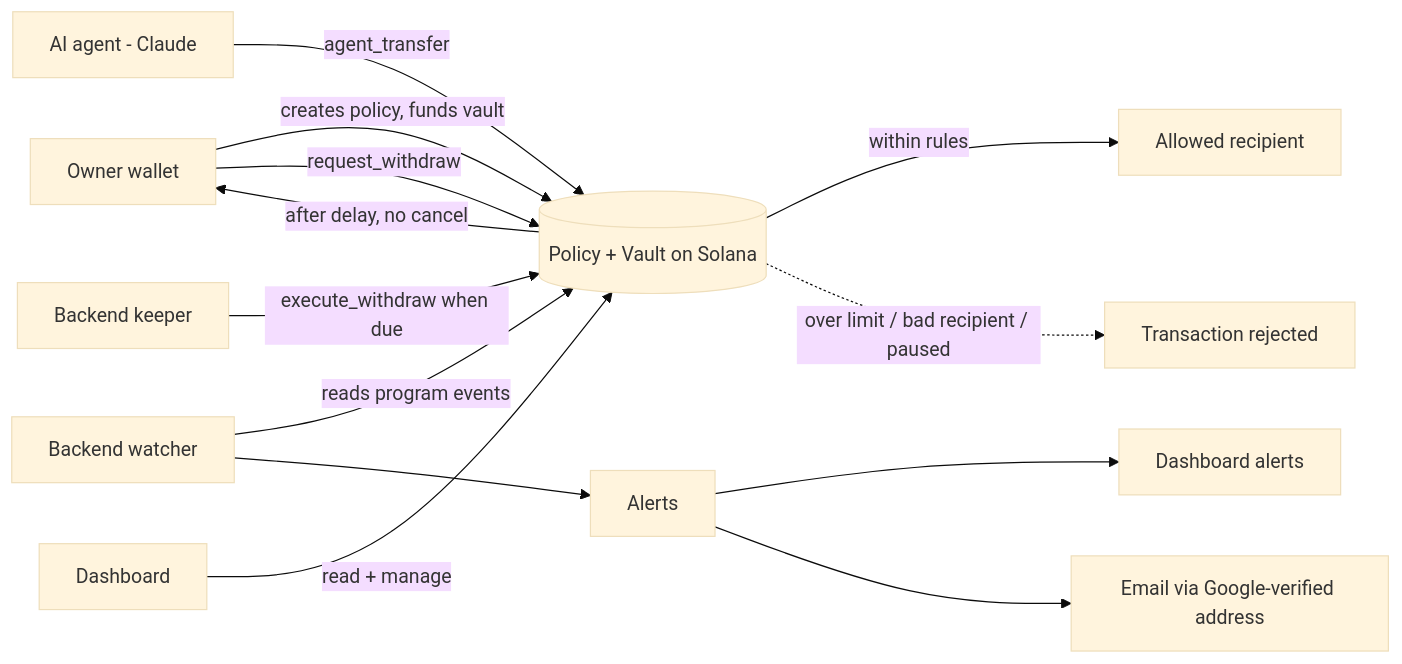
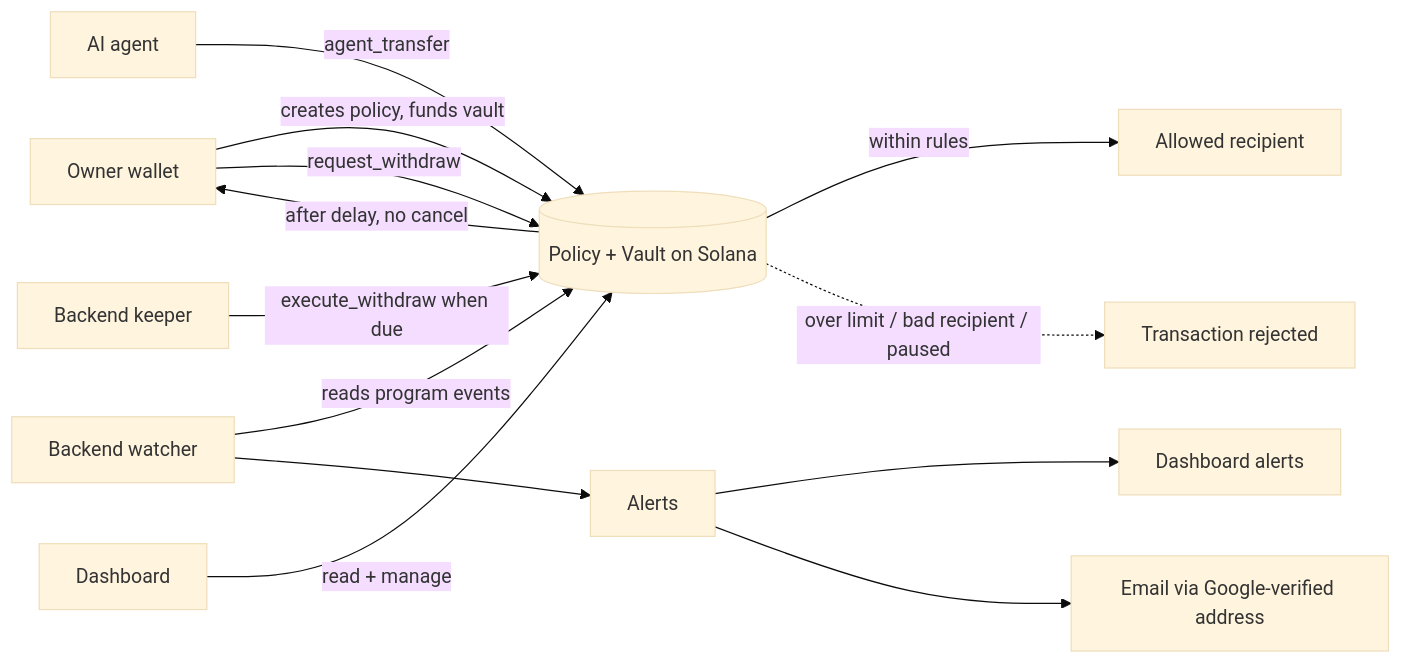
Before and after one commit to ParanormalRave/SpendGuard: the diagram in README.md, drawn with Mermaid (base theme). The commit also changed other lines of this file and 63 other files, not shown here.

````diff
--- a/README.md
+++ b/README.md
@@ -35,15 +35,15 @@
 ```mermaid
 flowchart LR
     O[Owner wallet] -->|creates policy, funds vault| P[(Policy + Vault on Solana)]
-    A[AI agent - Claude] -->|agent_transfer| P
+    A[AI agent] -->|agent_transfer| P
     P -->|within rules| R[Allowed recipient]
     P -.->|over limit / bad recipient / paused| X[Transaction rejected]
     O -->|request_withdraw| P
     P -->|after delay, no cancel| O
     W[Backend watcher] -->|reads program events| P
     W --> AL[Alerts]
     AL --> UI[Dashboard alerts]
     AL --> EM[Email via Google-verified address]
     K[Backend keeper] -->|execute_withdraw when due| P
     D[Dashboard] -->|read + manage| P
 ```
````
